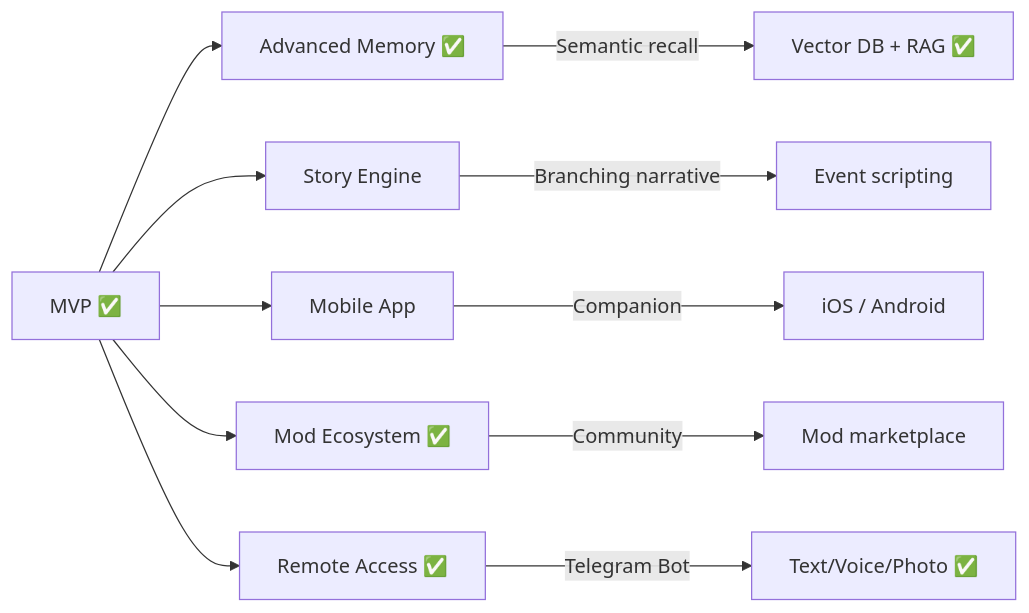
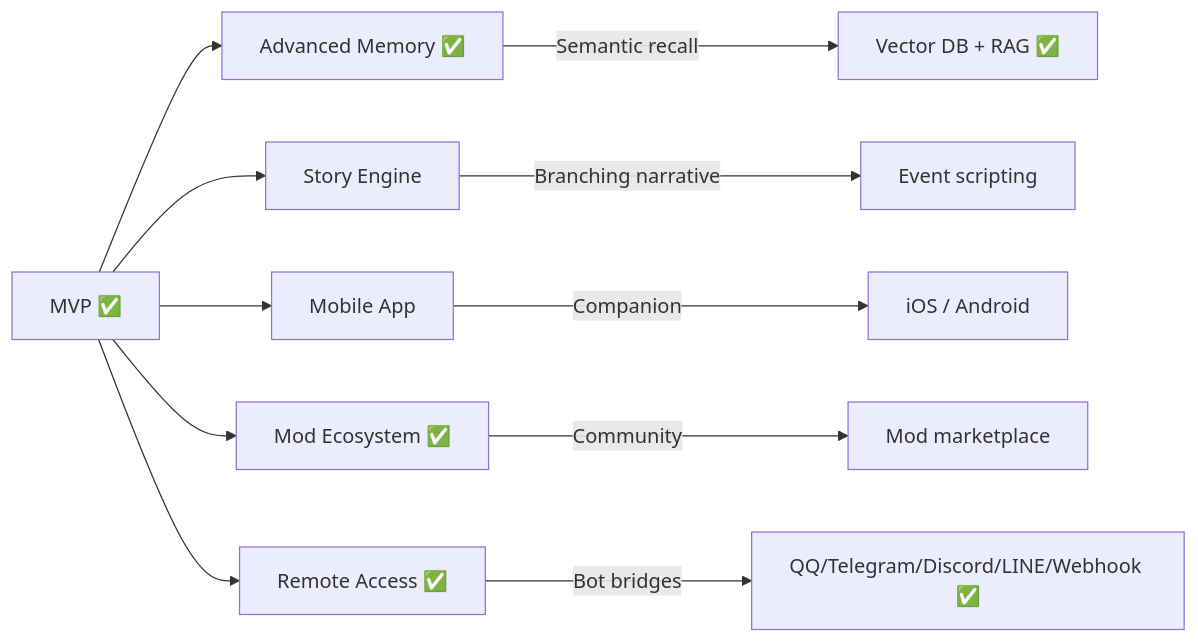
One commit to chyinan/Kokoro-Engine changed the diagram in docs/PRD.md. Above: the diagram before and after it, drawn with Mermaid. The commit also changed other lines of this file and 8 other files, not shown here.

Commit message:
docs: align architecture and API references

````diff
--- a/docs/PRD.md
+++ b/docs/PRD.md
@@ -159,14 +161,14 @@
 ```mermaid
 graph LR
     A[MVP ✅] --> B[Advanced Memory ✅]
     A --> C[Story Engine]
     A --> D[Mobile App]
     A --> E[Mod Ecosystem ✅]
     A --> F[Remote Access ✅]
 
     B -->|Semantic recall| B1[Vector DB + RAG ✅]
     C -->|Branching narrative| C1[Event scripting]
     D -->|Companion| D1[iOS / Android]
     E -->|Community| E1[Mod marketplace]
-    F -->|Telegram Bot| F1[Text/Voice/Photo ✅]
+    F -->|Bot bridges| F1[QQ/Telegram/Discord/LINE/Webhook ✅]
 ```
````
